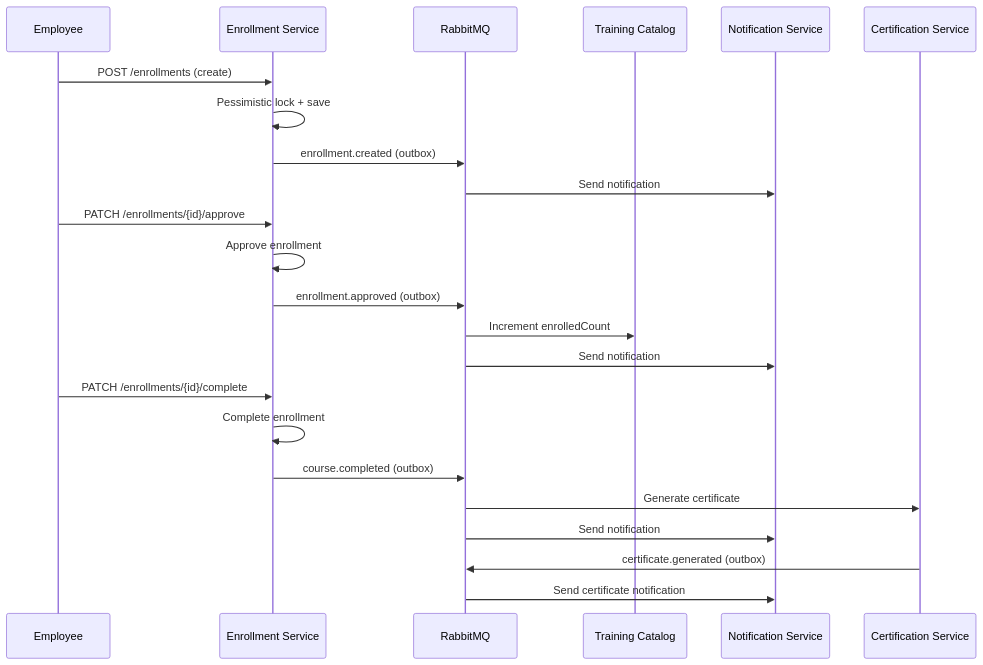
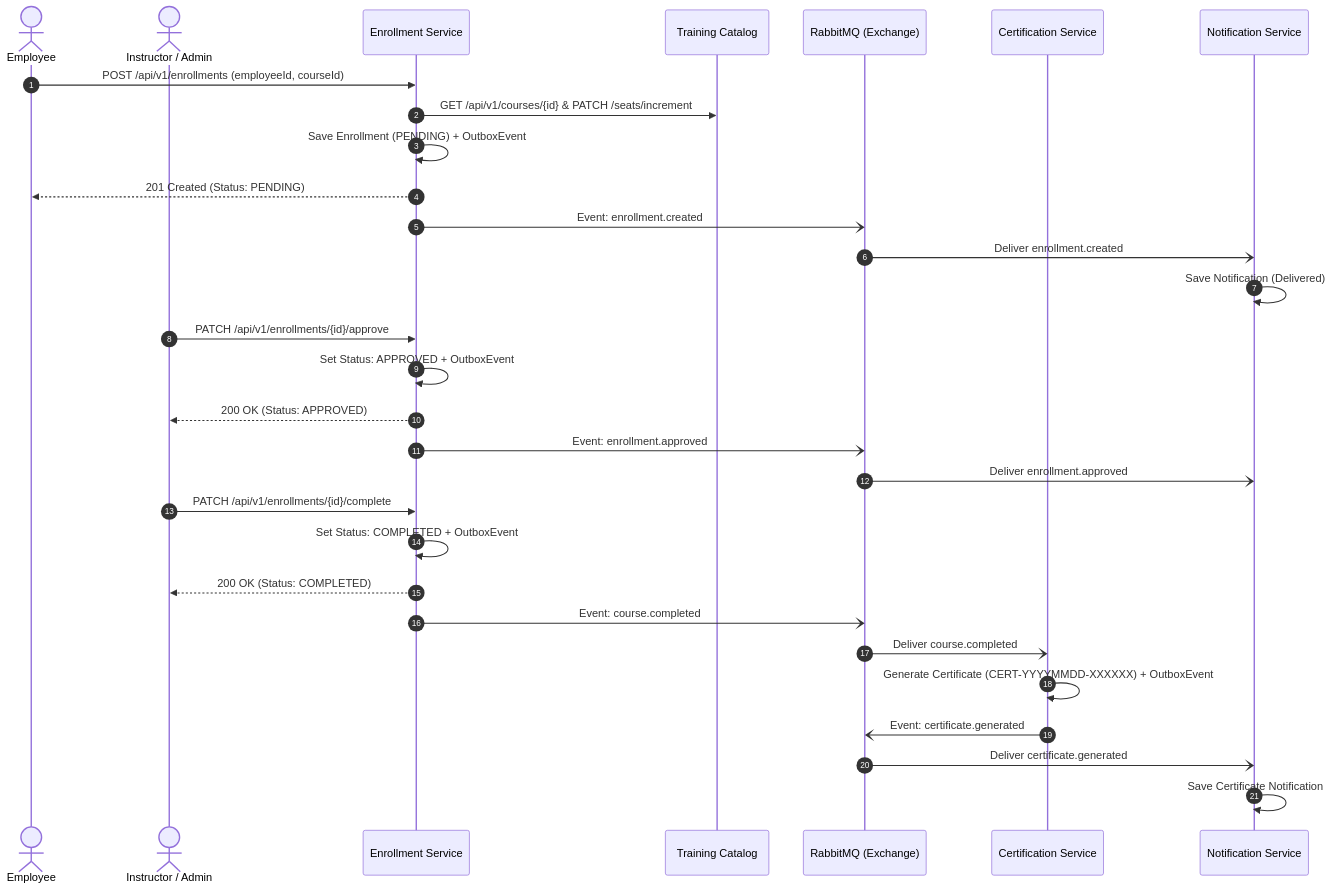
Before and after one commit to sergio11/training_platform_poc_spring_microservices: the third of 7 diagrams in README.md, drawn with Mermaid. The commit also changed other lines of this file, not shown here.

````diff
--- a/README.md
+++ b/README.md
@@ -295,28 +273,35 @@
 ```mermaid
 sequenceDiagram
-    participant E as Employee
+    autonumber
+    actor Employee as Employee
+    actor Instructor as Instructor / Admin
     participant EN as Enrollment Service
-    participant MQ as RabbitMQ
     participant TC as Training Catalog
-    participant N as Notification Service
-    participant C as Certification Service
+    participant MQ as RabbitMQ (Exchange)
+    participant CE as Certification Service
+    participant NT as Notification Service
 
-    E->>EN: POST /enrollments (create)
-    EN->>EN: Pessimistic lock + save
-    EN->>MQ: enrollment.created (outbox)
-    MQ->>N: Send notification
+    Employee->>EN: POST /api/v1/enrollments (employeeId, courseId)
+    EN->>TC: GET /api/v1/courses/{id} & PATCH /seats/increment
+    EN->>EN: Save Enrollment (PENDING) + OutboxEvent
+    EN-->>Employee: 201 Created (Status: PENDING)
+    EN-)MQ: Event: enrollment.created
+    MQ-)NT: Deliver enrollment.created
+    NT->>NT: Save Notification (Delivered)
 
-    E->>EN: PATCH /enrollments/{id}/approve
-    EN->>EN: Approve enrollment
-    EN->>MQ: enrollment.approved (outbox)
-    MQ->>TC: Increment enrolledCount
-    MQ->>N: Send notification
+    Instructor->>EN: PATCH /api/v1/enrollments/{id}/approve
+    EN->>EN: Set Status: APPROVED + OutboxEvent
+    EN-->>Instructor: 200 OK (Status: APPROVED)
+    EN-)MQ: Event: enrollment.approved
+    MQ-)NT: Deliver enrollment.approved
 
-    E->>EN: PATCH /enrollments/{id}/complete
-    EN->>EN: Complete enrollment
-    EN->>MQ: course.completed (outbox)
-    MQ->>C: Generate certificate
-    MQ->>N: Send notification
-    C->>MQ: certificate.generated (outbox)
-    MQ->>N: Send certificate notification
+    Instructor->>EN: PATCH /api/v1/enrollments/{id}/complete
+    EN->>EN: Set Status: COMPLETED + OutboxEvent
+    EN-->>Instructor: 200 OK (Status: COMPLETED)
+    EN-)MQ: Event: course.completed
+    MQ-)CE: Deliver course.completed
+    CE->>CE: Generate Certificate (CERT-YYYYMMDD-XXXXXX) + OutboxEvent
+    CE-)MQ: Event: certificate.generated
+    MQ-)NT: Deliver certificate.generated
+    NT->>NT: Save Certificate Notification
 ```
````
